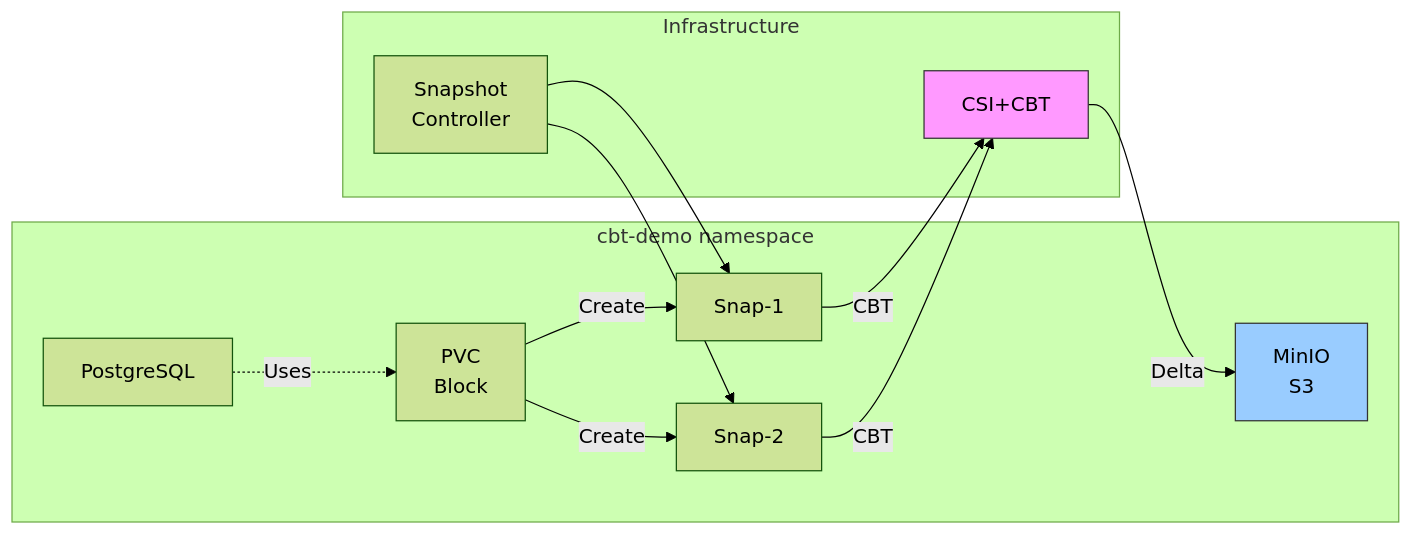
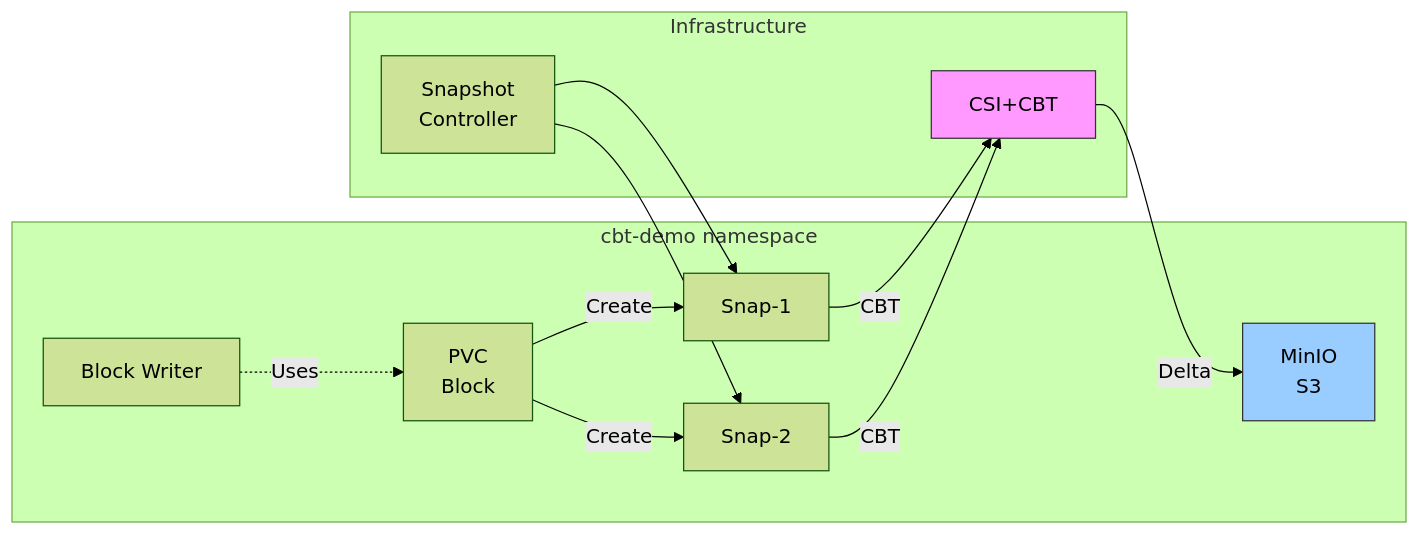
One commit to kaovilai/k8s-cbt-s3mover-demo changed the third of 3 diagrams in demo/slides.md. Above: the diagram before and after it, drawn with Mermaid (forest theme). The commit also changed other lines of this file, not shown here.

First line of the commit message:
docs: update mermaid diagrams to reflect block-writer workload

````diff
--- a/demo/slides.md
+++ b/demo/slides.md
@@ -450,27 +450,27 @@
 ```mermaid {theme: 'neutral', scale: 0.45}
 graph LR
     subgraph ns["cbt-demo namespace"]
-        PG[PostgreSQL]
+        BW[Block Writer]
         PVC[PVC<br/>Block]
         VS1[Snap-1]
         VS2[Snap-2]
         MinIO[MinIO<br/>S3]
     end
 
     subgraph infra[Infrastructure]
         CSI[CSI+CBT]
         SC[Snapshot<br/>Controller]
     end
 
-    PG -.->|Uses| PVC
+    BW -.->|Uses| PVC
     PVC -->|Create| VS1
     PVC -->|Create| VS2
     VS1 -->|CBT| CSI
     VS2 -->|CBT| CSI
     CSI -->|Delta| MinIO
     SC --> VS1
     SC --> VS2
 
     style CSI fill:#f9f,stroke:#333
     style MinIO fill:#9cf,stroke:#333
 ```
````
